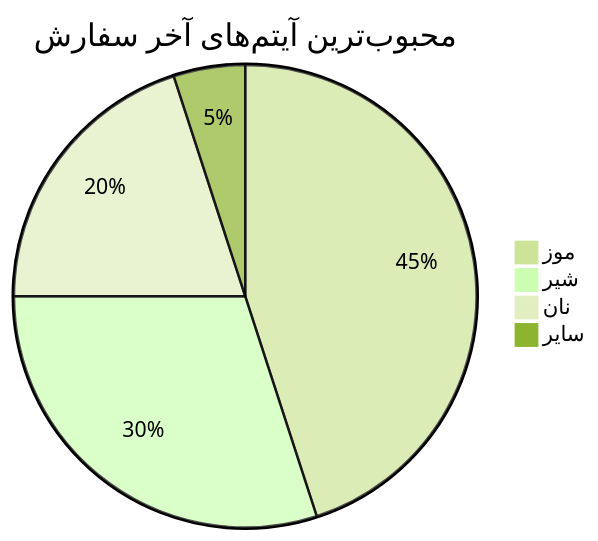
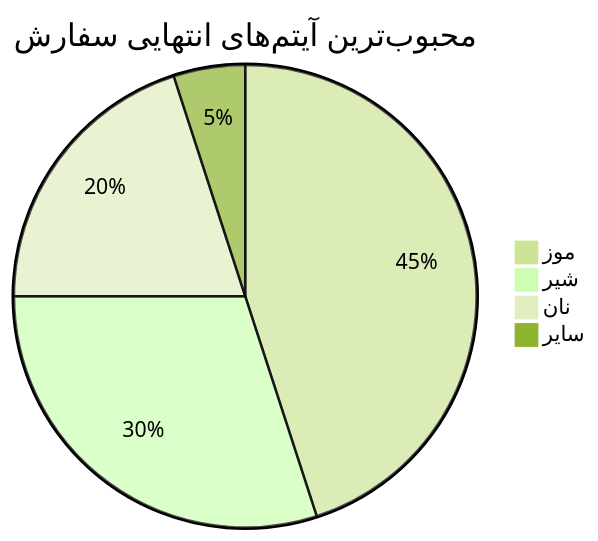
Before and after one commit to vel0cirapt0r/advalgo: the seventh of 8 diagrams in README.md, drawn with Mermaid (forest theme). The commit also changed other lines of this file, not shown here.

````diff
--- a/README.md
+++ b/README.md
@@ -145,7 +205,7 @@
 ```mermaid
-pie title محبوب‌ترین آیتم‌های آخر سفارش
+pie title محبوب‌ترین آیتم‌های انتهایی سفارش
     "موز" : 45
     "شیر" : 30
     "نان" : 20
     "سایر" : 5
 ```
````
